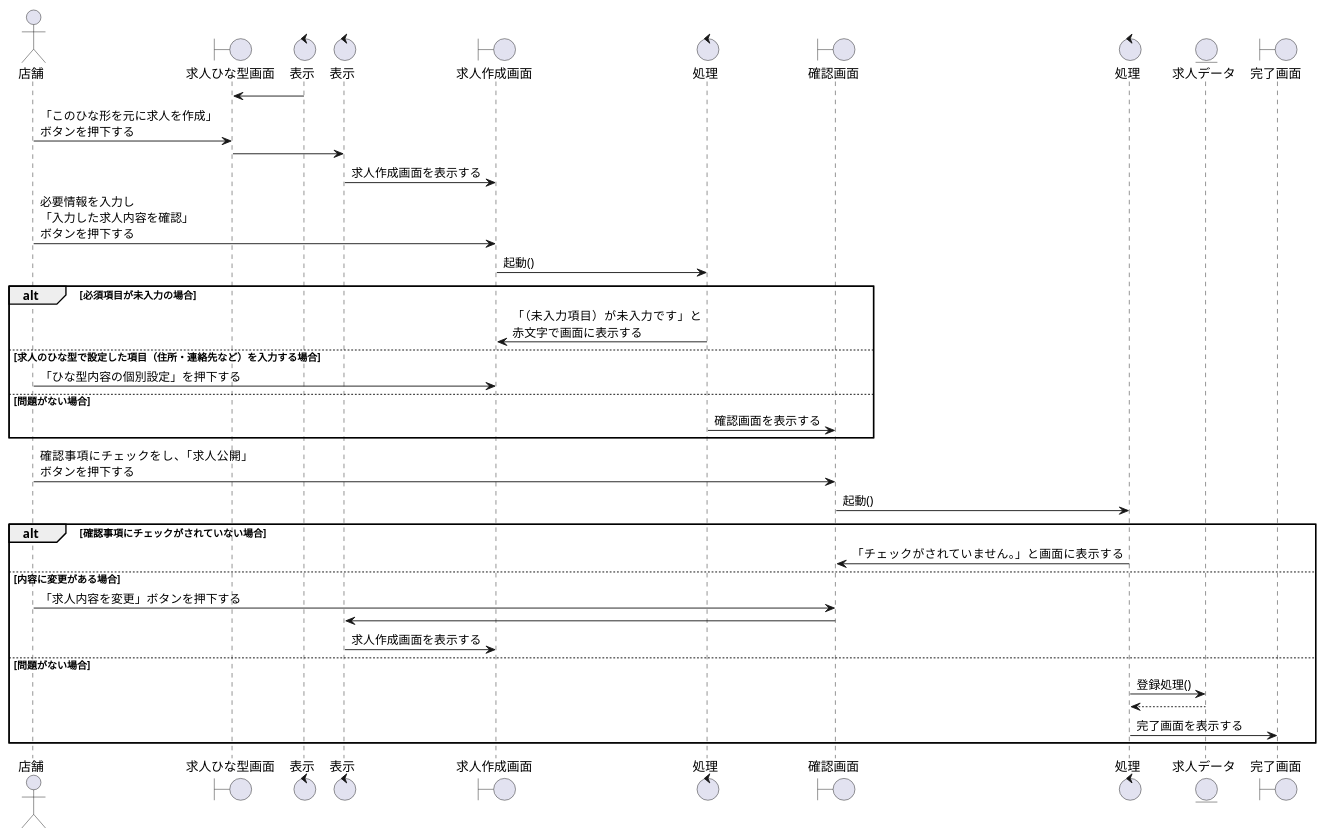
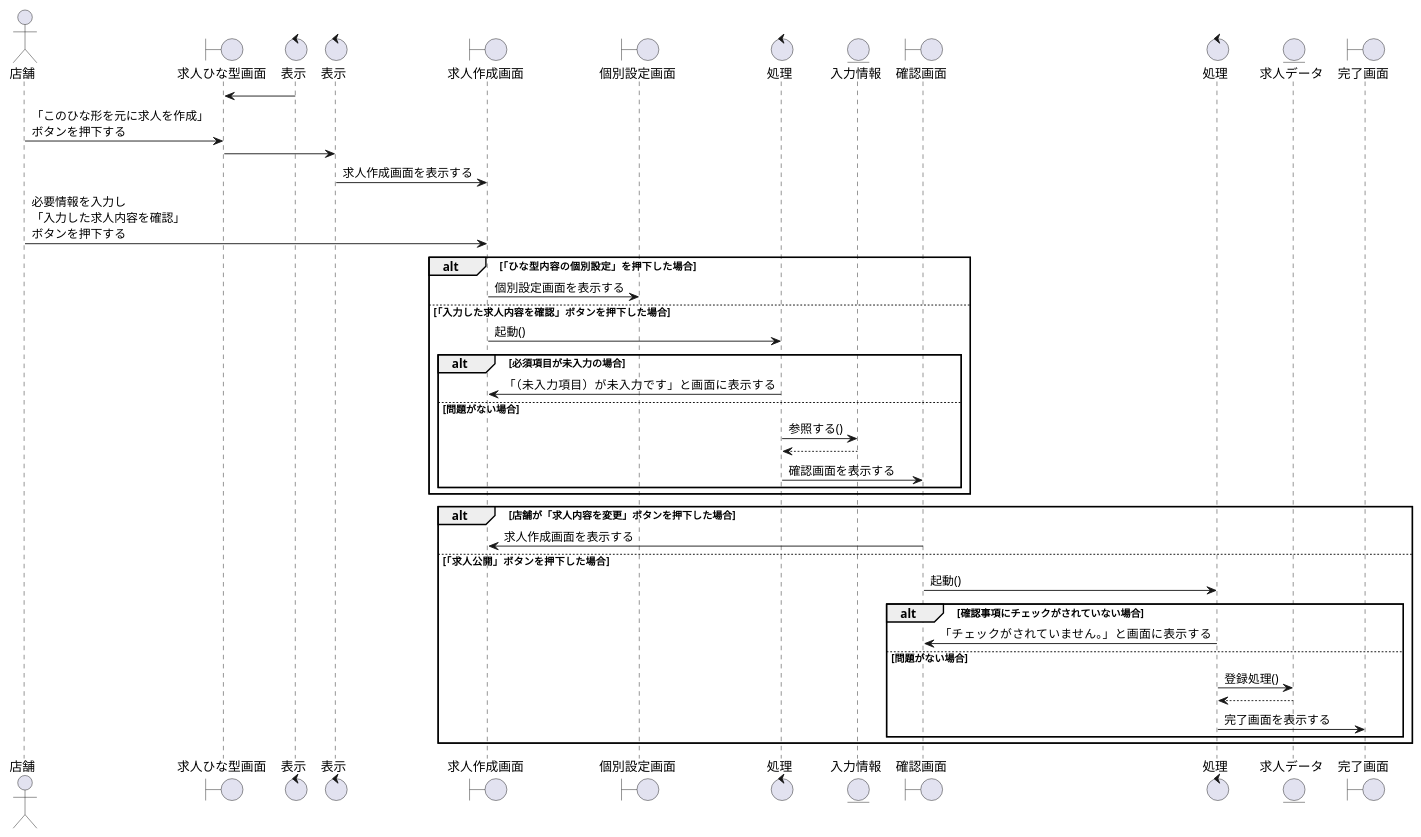
The diagram in sequence_fig/8_storeside_fn/01_求人の掲載をする.pu (irukacb256/high_Me), drawn with PlantUML before and after one commit. The commit also changed 1 other file, not shown here.

```diff
--- a/sequence_fig/8_storeside_fn/01_求人の掲載をする.pu
+++ b/sequence_fig/8_storeside_fn/01_求人の掲載をする.pu
@@ -1,46 +1,52 @@
 @startuml 求人の掲載をする
 
 actor 店舗 as st1
 boundary 求人ひな型画面 as b1
 control 表示 as co1
 control 表示 as co2
 boundary 求人作成画面 as b2
+boundary 個別設定画面 as b3
 control 処理 as co3
-boundary 確認画面 as b3
+entity 入力情報 as e1
+boundary 確認画面 as b4
 control 処理 as co4
 entity 求人データ as e2
-boundary 完了画面 as b4
+boundary 完了画面 as b5
 
 
 b1   <- co1
 st1  -> b1 :「このひな形を元に求人を作成」\nボタンを押下する
 b1   -> co2 :
 b2   <- co2 :求人作成画面を表示する
 st1  -> b2 :必要情報を入力し\n「入力した求人内容を確認」\nボタンを押下する
+    alt 「ひな型内容の個別設定」を押下した場合
+    b2 -> b3 :個別設定画面を表示する
+    else 「入力した求人内容を確認」ボタンを押下した場合
+    b2   -> co3 :起動()
 
-b2   -> co3 :起動()
-    alt 必須項目が未入力の場合
-    b2  <- co3 :「（未入力項目）が未入力です」と\n赤文字で画面に表示する
-
-    else 求人のひな型で設定した項目（住所・連絡先など）を入力する場合
-    st1 -> b2 :「ひな型内容の個別設定」を押下する
-    else 問題がない場合
-    b3   <- co3 :確認画面を表示する
+        alt 必須項目が未入力の場合
+        b2  <- co3 :「（未入力項目）が未入力です」と画面に表示する
+        else 問題がない場合
+        co3  -> e1 :参照する()
+        co3 <-- e1
+        co3 -> b4 :確認画面を表示する
+        end
     end
 
-st1  -> b3  :確認事項にチェックをし、「求人公開」\nボタンを押下する 
 
-b3   -> co4 :起動()
-    alt 確認事項にチェックがされていない場合
-    b3   <- co4 :「チェックがされていません。」と画面に表示する
-    else 内容に変更がある場合
-    st1  -> b3 :「求人内容を変更」ボタンを押下する
-    co2  <- b3
-    co2  -> b2 :求人作成画面を表示する
-    else 問題がない場合
-    co4  -> e2 :登録処理()
-    co4 <-- e2
-    b4   <- co4 :完了画面を表示する 
+    alt 店舗が「求人内容を変更」ボタンを押下した場合
+    b2  <- b4 :求人作成画面を表示する
+
+    else 「求人公開」ボタンを押下した場合
+    b4  -> co4 :起動()
+        alt 確認事項にチェックがされていない場合
+        b4   <- co4 :「チェックがされていません。」と画面に表示する
+        else 問題がない場合
+        co4  -> e2 :登録処理()
+        co4 <-- e2
+        co4   -> b5  :完了画面を表示する  
+
     end
+end
 
 @enduml
```
